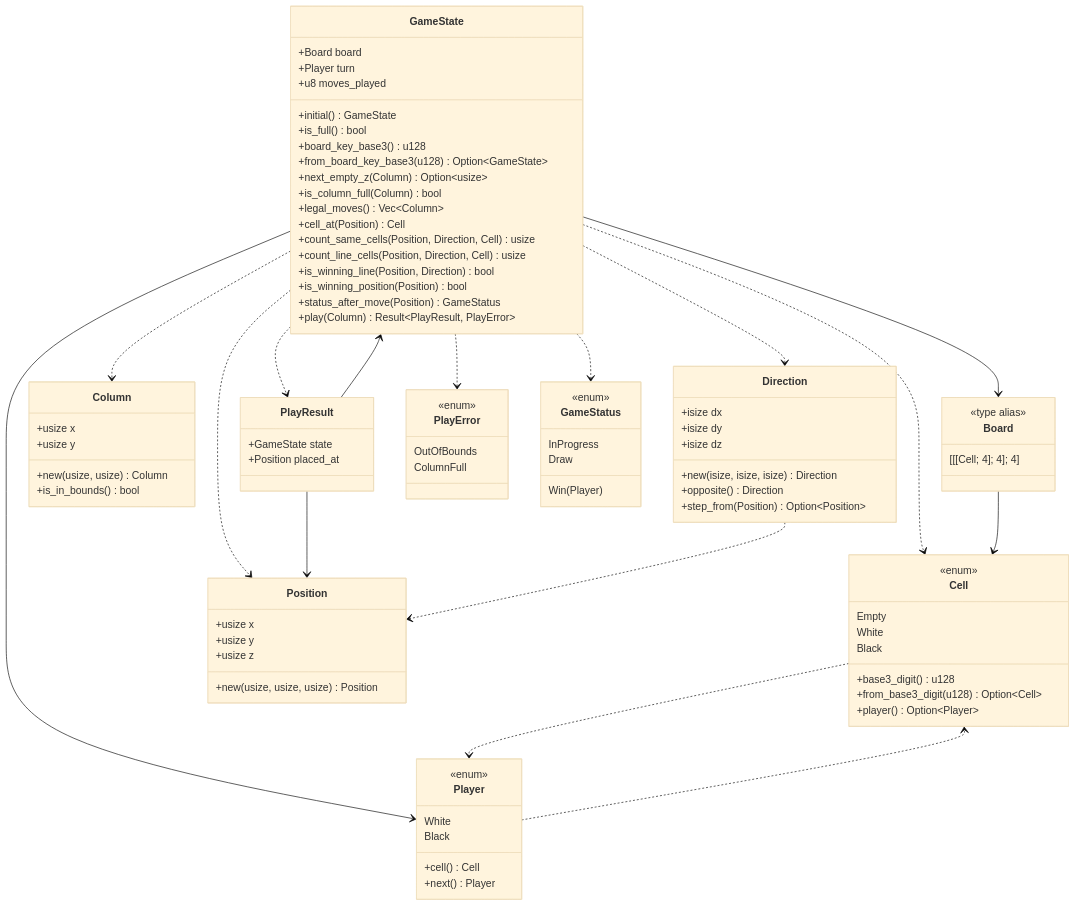
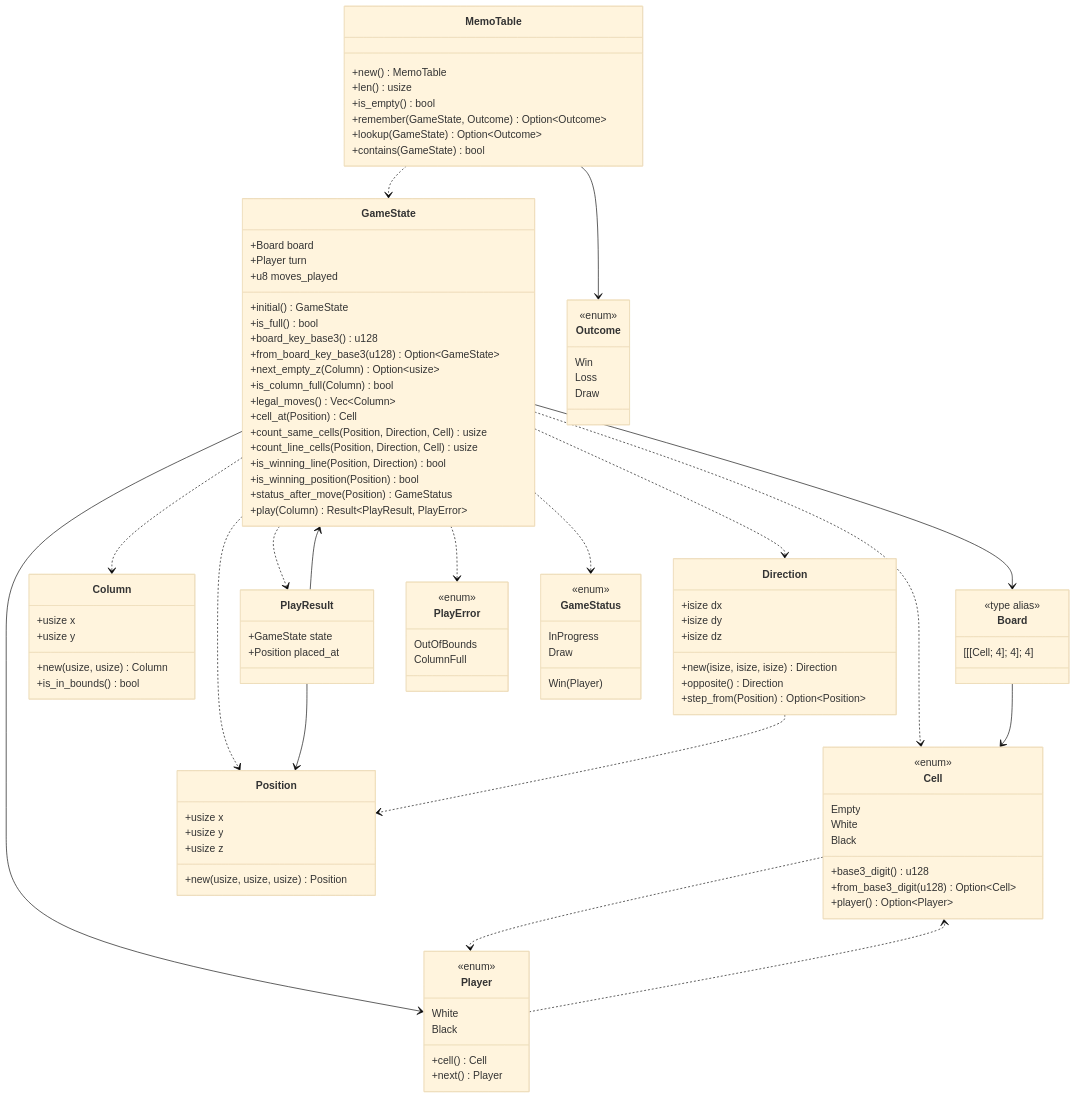
The first of 8 diagrams in docs/uml.md (keiichiro-sonoda/rittai4moku), drawn with Mermaid (base theme) before and after one commit. The commit also changed other lines of this file and 9 other files, not shown here.

Commit message:
Add memoization support with MemoTable and Outcome types for game state exploration

````diff
--- a/docs/uml.md
+++ b/docs/uml.md
@@ -96,6 +96,22 @@
         Draw
     }
 
+    class Outcome {
+        <<enum>>
+        Win
+        Loss
+        Draw
+    }
+
+    class MemoTable {
+        +new() MemoTable
+        +len() usize
+        +is_empty() bool
+        +remember(GameState, Outcome) Option~Outcome~
+        +lookup(GameState) Option~Outcome~
+        +contains(GameState) bool
+    }
+
     GameState --> Board
     GameState --> Player
     GameState ..> Column
@@ -111,4 +127,6 @@
     PlayResult --> GameState
     PlayResult --> Position
     Direction ..> Position
+    MemoTable ..> GameState
+    MemoTable --> Outcome
 ```
````
